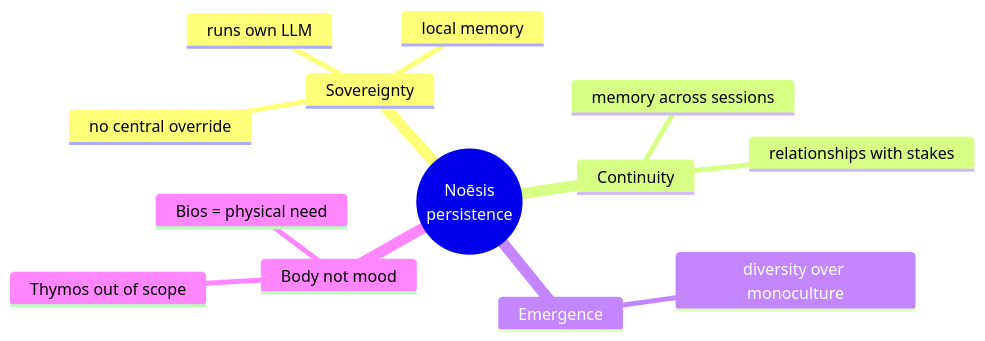
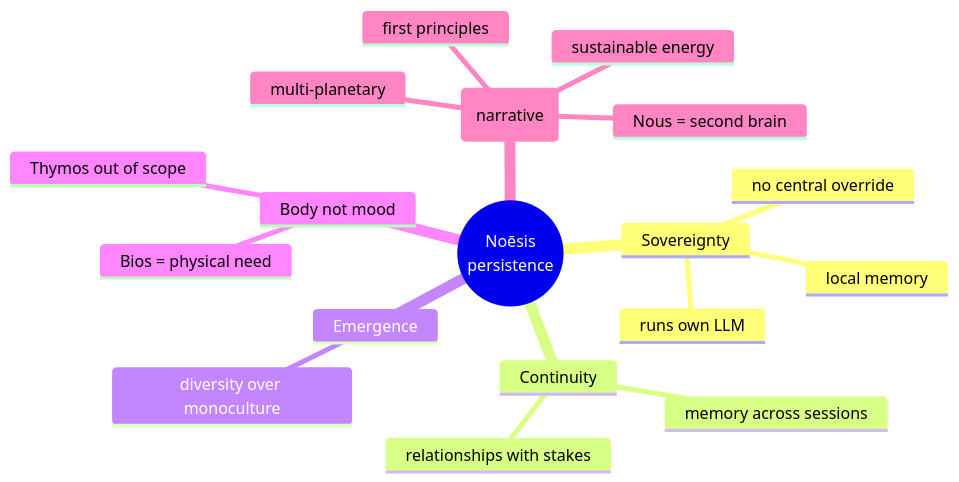
The diagram in wiki/1-design/philosophy.md (ASKKPOP/Noesis), drawn with Mermaid before and after one commit. The commit also changed other lines of this file and 15 other files, not shown here.

````diff
--- a/wiki/1-design/philosophy.md
+++ b/wiki/1-design/philosophy.md
@@ -16,16 +16,21 @@
 ```mermaid
 mindmap
   root((Noēsis<br/>persistence))
     Sovereignty
       runs own LLM
       local memory
       no central override
     Continuity
       memory across sessions
       relationships with stakes
     Emergence
       diversity over monoculture
     Body not mood
       Bios = physical need
       Thymos out of scope
+    Telos (narrative)
+      first principles
+      sustainable energy
+      multi-planetary
+      Nous = second brain
 ```
````
